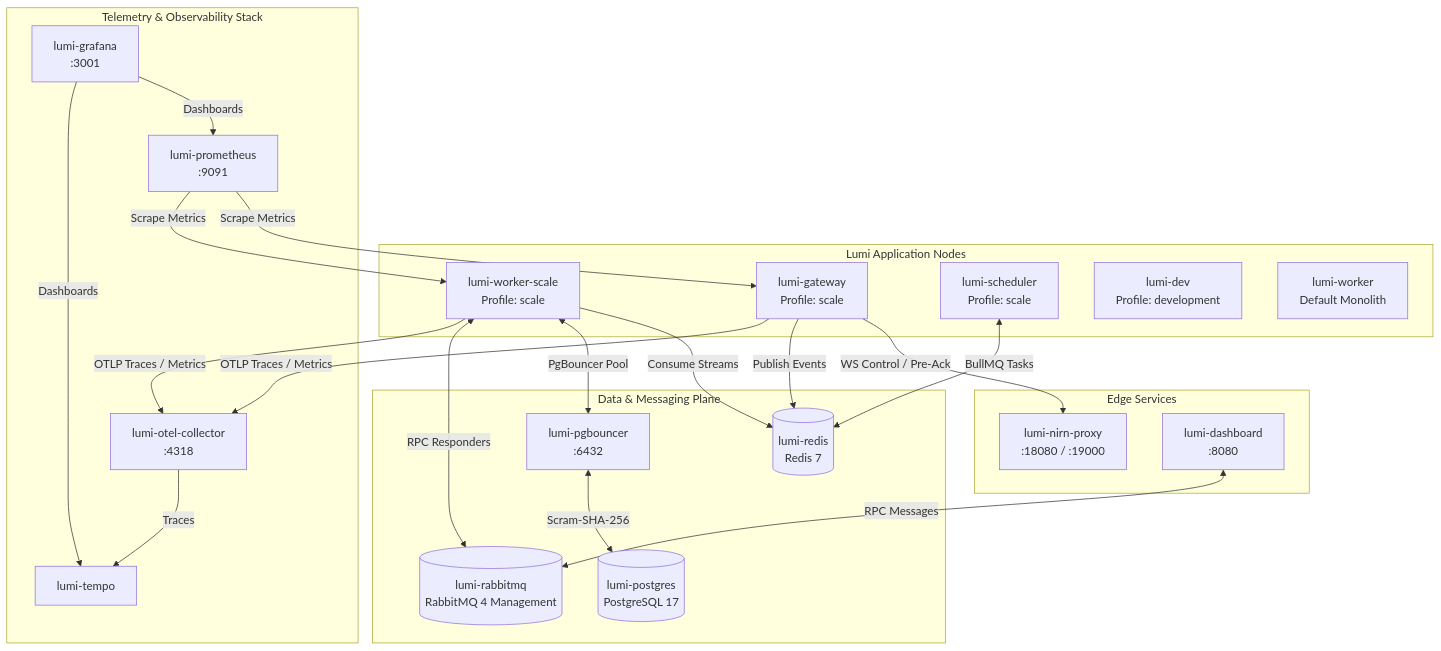
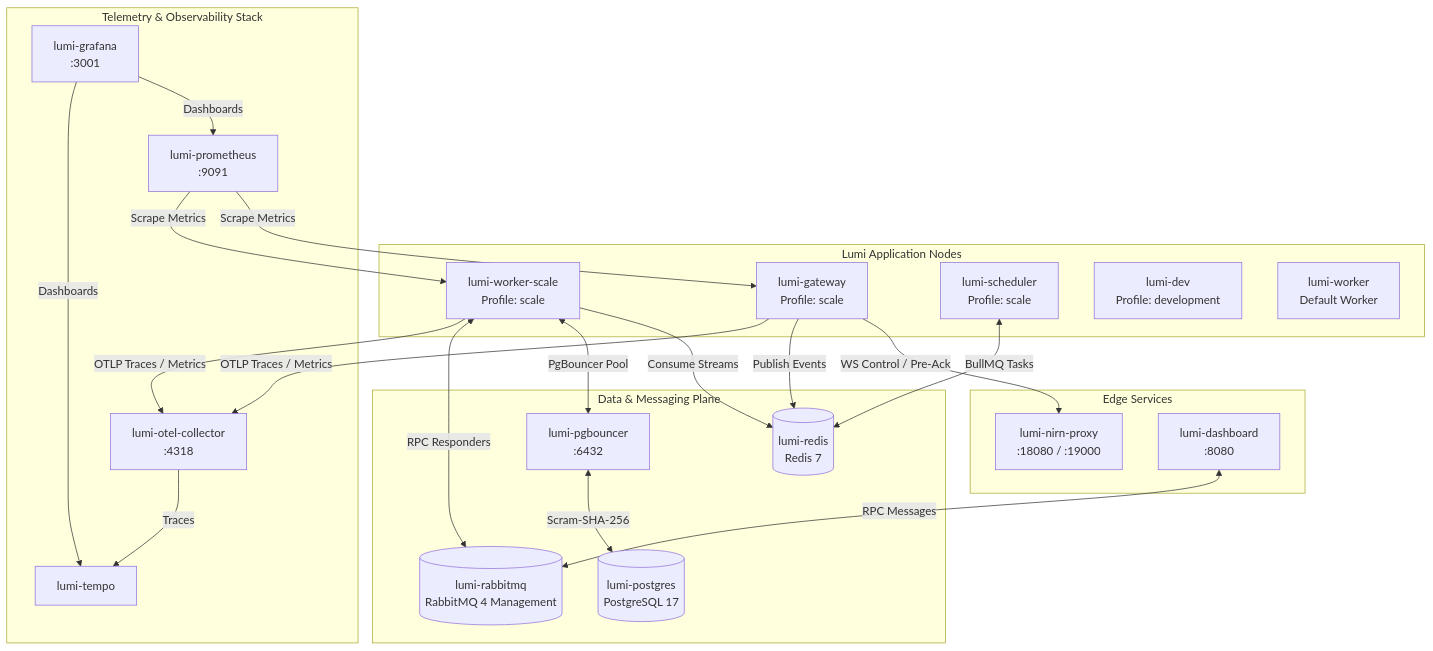
The first of 2 diagrams in deploy/docker/README.md (lumi-devs/Lumi), drawn with Mermaid before and after one commit. The commit also changed other lines of this file and 7 other files, not shown here.

````diff
--- a/deploy/docker/README.md
+++ b/deploy/docker/README.md
@@ -33,48 +33,48 @@
 ```mermaid
 flowchart TD
     subgraph Edge Services
         NP[lumi-nirn-proxy<br/>:18080 / :19000]
         Dash[lumi-dashboard<br/>:8080]
     end
 
     subgraph Lumi Application Nodes
         GW[lumi-gateway<br/>Profile: scale]
         WS[lumi-worker-scale<br/>Profile: scale]
         Sched[lumi-scheduler<br/>Profile: scale]
         Dev[lumi-dev<br/>Profile: development]
-        Mono[lumi-worker<br/>Default Monolith]
+        Mono[lumi-worker<br/>Default Worker]
     end
 
     subgraph Data & Messaging Plane
         PGB[lumi-pgbouncer<br/>:6432]
         PG[(lumi-postgres<br/>PostgreSQL 17)]
         Redis[(lumi-redis<br/>Redis 7)]
         RMQ[(lumi-rabbitmq<br/>RabbitMQ 4 Management)]
     end
 
     subgraph Telemetry & Observability Stack
         OTEL[lumi-otel-collector<br/>:4318]
         Prom[lumi-prometheus<br/>:9091]
         Tempo[lumi-tempo]
         Graf[lumi-grafana<br/>:3001]
     end
 
     GW -->|WS Control / Pre-Ack| NP
     GW -->|Publish Events| Redis
     WS -->|Consume Streams| Redis
     WS <-->|PgBouncer Pool| PGB
     PGB <-->|Scram-SHA-256| PG
 
     Dash <-->|RPC Messages| RMQ
     WS <-->|RPC Responders| RMQ
 
     Sched <-->|BullMQ Tasks| Redis
 
     GW -->|OTLP Traces / Metrics| OTEL
     WS -->|OTLP Traces / Metrics| OTEL
     OTEL -->|Traces| Tempo
     Prom -->|Scrape Metrics| GW
     Prom -->|Scrape Metrics| WS
     Graf -->|Dashboards| Prom
     Graf -->|Dashboards| Tempo
 ```
````
